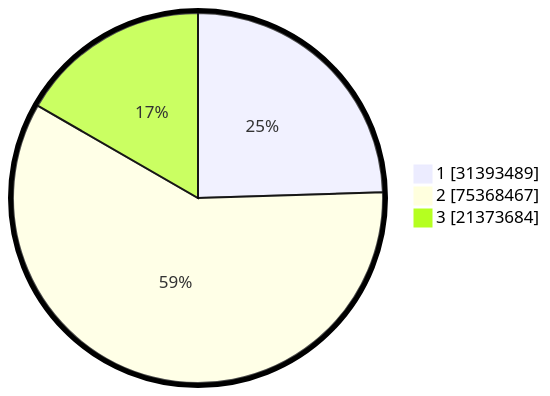
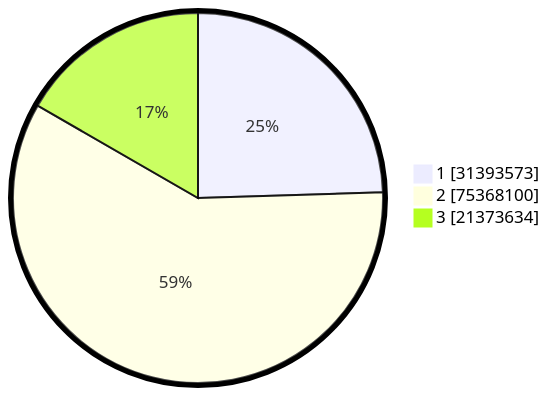
Before and after one commit to gigit-pemilu/pemilu-2024: the second of 2 diagrams in pilpres/hitung-suara/README.md, drawn with Mermaid. The commit also changed other lines of this file and 10 other files, not shown here.

````diff
--- a/pilpres/hitung-suara/README.md
+++ b/pilpres/hitung-suara/README.md
@@ -93,7 +93,7 @@
 ```mermaid
 %%{init: {"pie": {"textPosition": 0.5}, "themeVariables": {"pieOuterStrokeWidth": "5px"}} }%%
 pie showData
-    "1" : 31393489
-    "2" : 75368467
-    "3" : 21373684
+    "1" : 31393573
+    "2" : 75368100
+    "3" : 21373634
 ```
````
